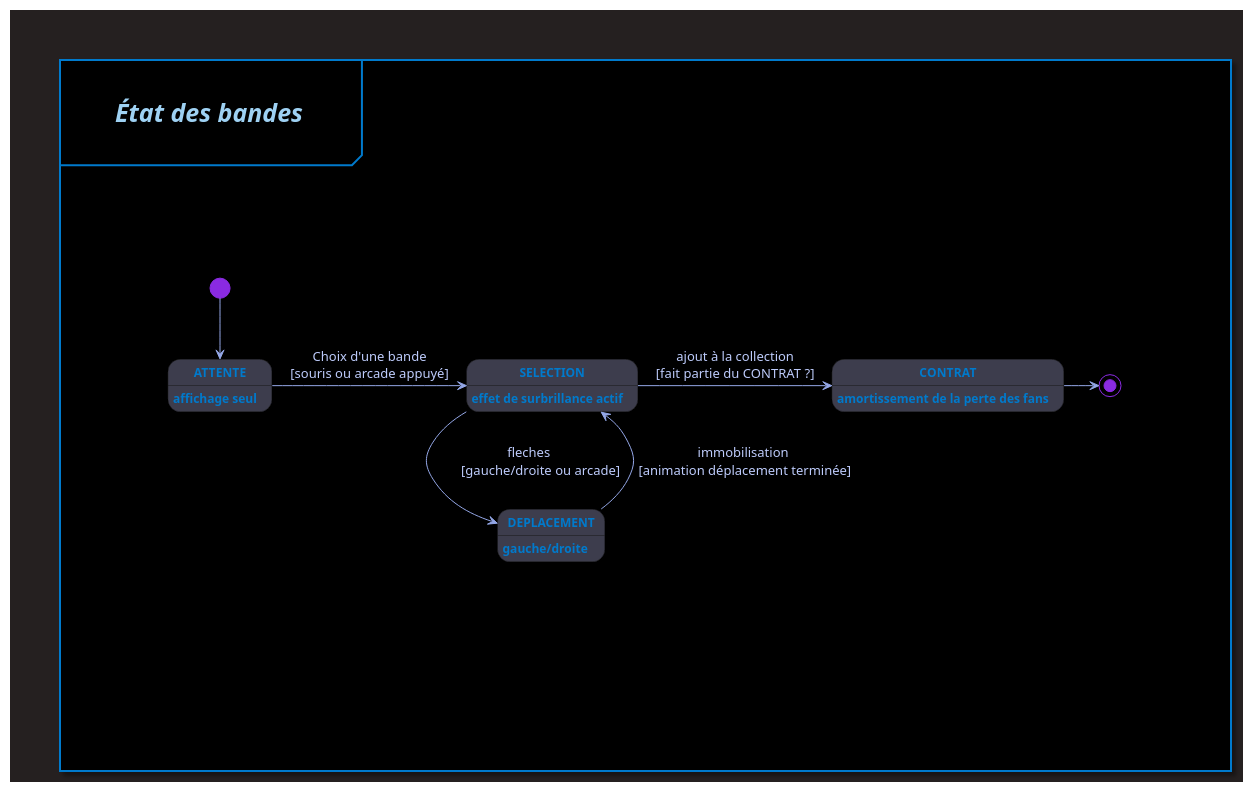
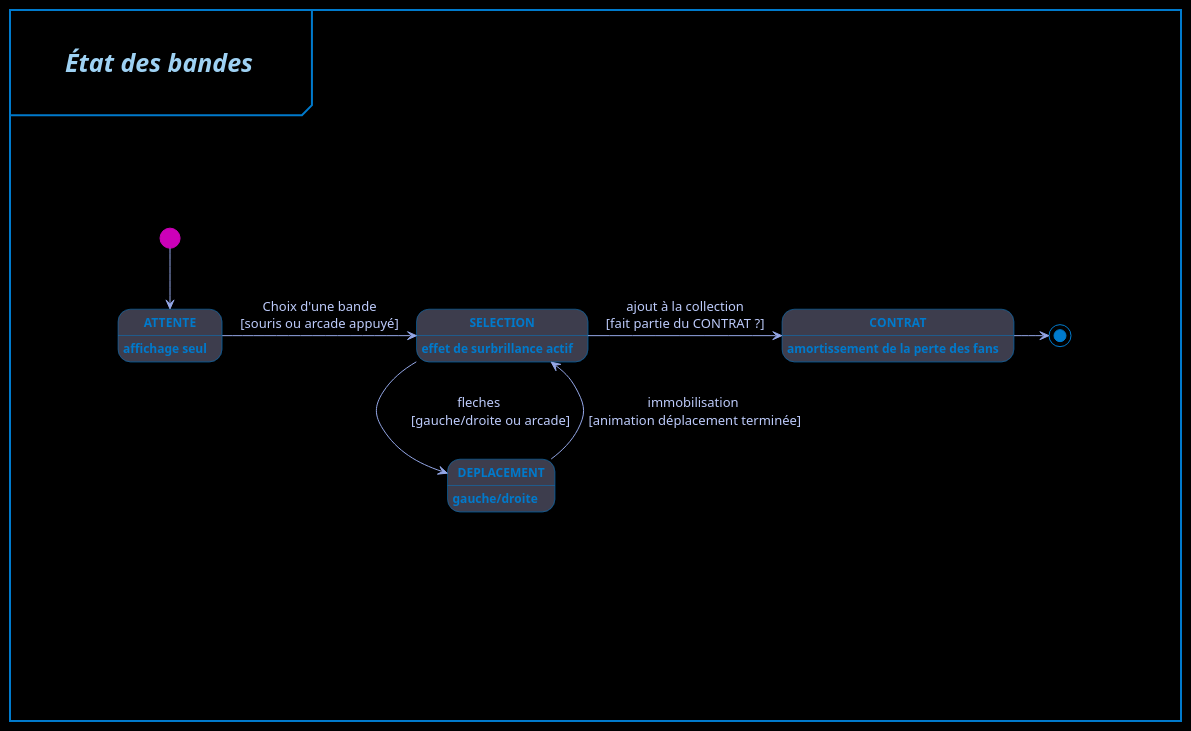
The diagram in docs/uml/puml/BandesStateDiagram.puml (MaiveCL/Projet_session_JV), drawn with PlantUML before and after one commit.

Commit message:
test plant uml automatisation pour la 104e fois

```diff
--- a/docs/uml/puml/BandesStateDiagram.puml
+++ b/docs/uml/puml/BandesStateDiagram.puml
@@ -1,47 +1,46 @@
 @startuml "État des bandes"
 ' Définir le style global
 skinparam {
-    backgroundColor #252020ff
+    backgroundColor black
     shadowing true
     FontName "Consolas"
     ArrowColor #94a7e7ff
     ArrowFontColor #bdcbfbff
     StartColor #007acc
     EndColor #bdcbfb
 }
 ' Style pour les states
-<style>
-state {
+skinparam state {
     BackgroundColor #3e3e4eff
     fontColor #007acc
     BorderColor #007acc
     FontName "Consolas"
     FontSize 12
     FontStyle bold
 }
-
+<style>
 mainframe {
   LineColor #007acc
   LineThickness 2.0
   FontColor #9ed1f3ff
   FontSize 25
   FontStyle italic
   Margin 50
   Padding 100
-  backgroundColor #000000ff
+  backgroundColor black
 }
 </style>
 mainframe \n\t**État des bandes**\t\n
 
     state ATTENTE : affichage seul
     state SELECTION : effet de surbrillance actif
     state DEPLACEMENT : gauche/droite
     state CONTRAT : amortissement de la perte des fans
 
-    [*] #BlueViolet --> ATTENTE
+    [*] #cc00b8ff --> ATTENTE
     ATTENTE -> SELECTION : Choix d'une bande\n[souris ou arcade appuyé]
     SELECTION -> DEPLACEMENT : fleches\n\t[gauche/droite ou arcade]\t
     DEPLACEMENT --> SELECTION :immobilisation\n [animation déplacement terminée]
     SELECTION -> CONTRAT :ajout à la collection\n[fait partie du CONTRAT ?]
-    CONTRAT -> [*] #BlueViolet
+    CONTRAT -> [*] #007acc
 @enduml
```
